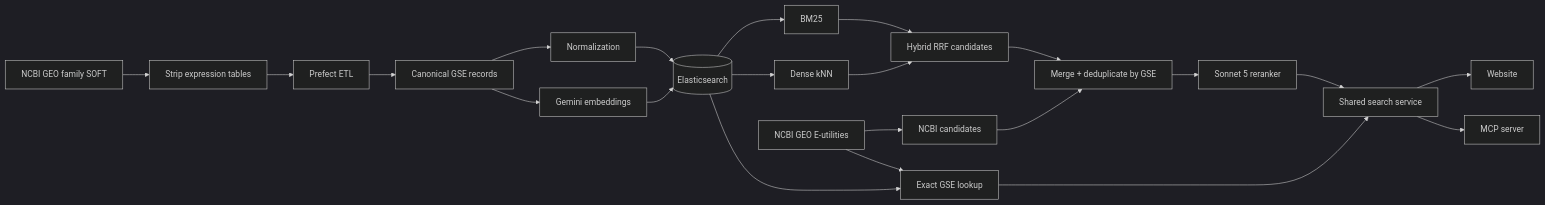
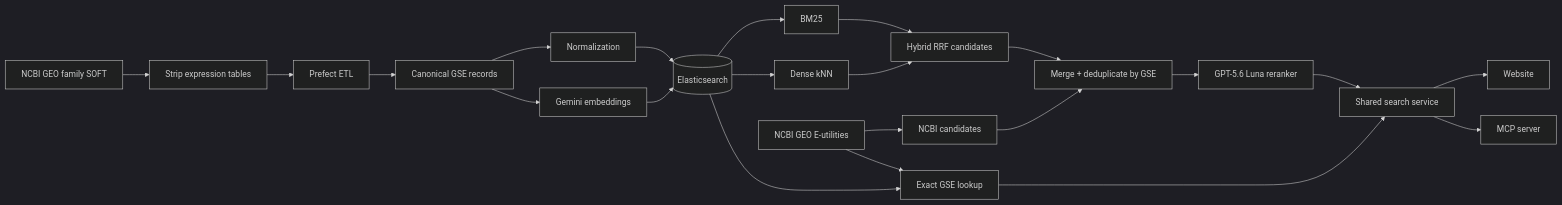
Before and after one commit to kevinwuhoo/GEOscope: the diagram in README.md, drawn with Mermaid (dark theme). The commit also changed other lines of this file and 8 other files, not shown here.

````diff
--- a/README.md
+++ b/README.md
@@ -31,24 +31,24 @@
 ```mermaid
 flowchart LR
     A[NCBI GEO family SOFT] --> B[Strip expression tables]
     B --> C[Prefect ETL]
     C --> D[Canonical GSE records]
     D --> E[Normalization]
     D --> F[Gemini embeddings]
     E --> G[(Elasticsearch)]
     F --> G
     G --> H[BM25]
     G --> I[Dense kNN]
     H --> J[Hybrid RRF candidates]
     I --> J
     M[NCBI GEO E-utilities] --> N[NCBI candidates]
     J --> O[Merge + deduplicate by GSE]
     N --> O
-    O --> P[Sonnet 5 reranker]
+    O --> P[GPT-5.6 Luna reranker]
     P --> Q[Shared search service]
     G --> R[Exact GSE lookup]
     M --> R
     R --> Q
     Q --> K[Website]
     Q --> L[MCP server]
 ```
````
